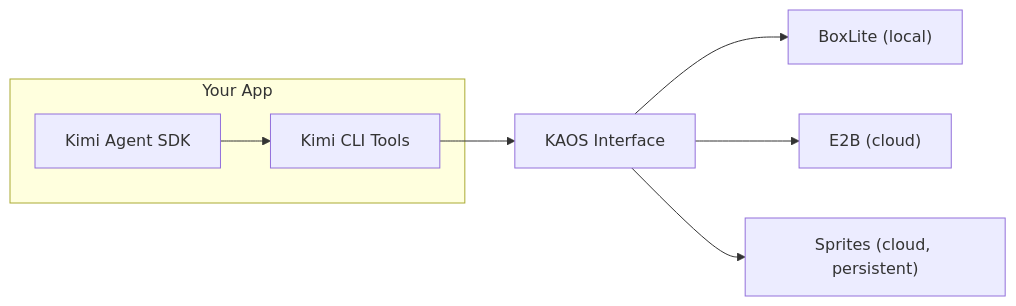
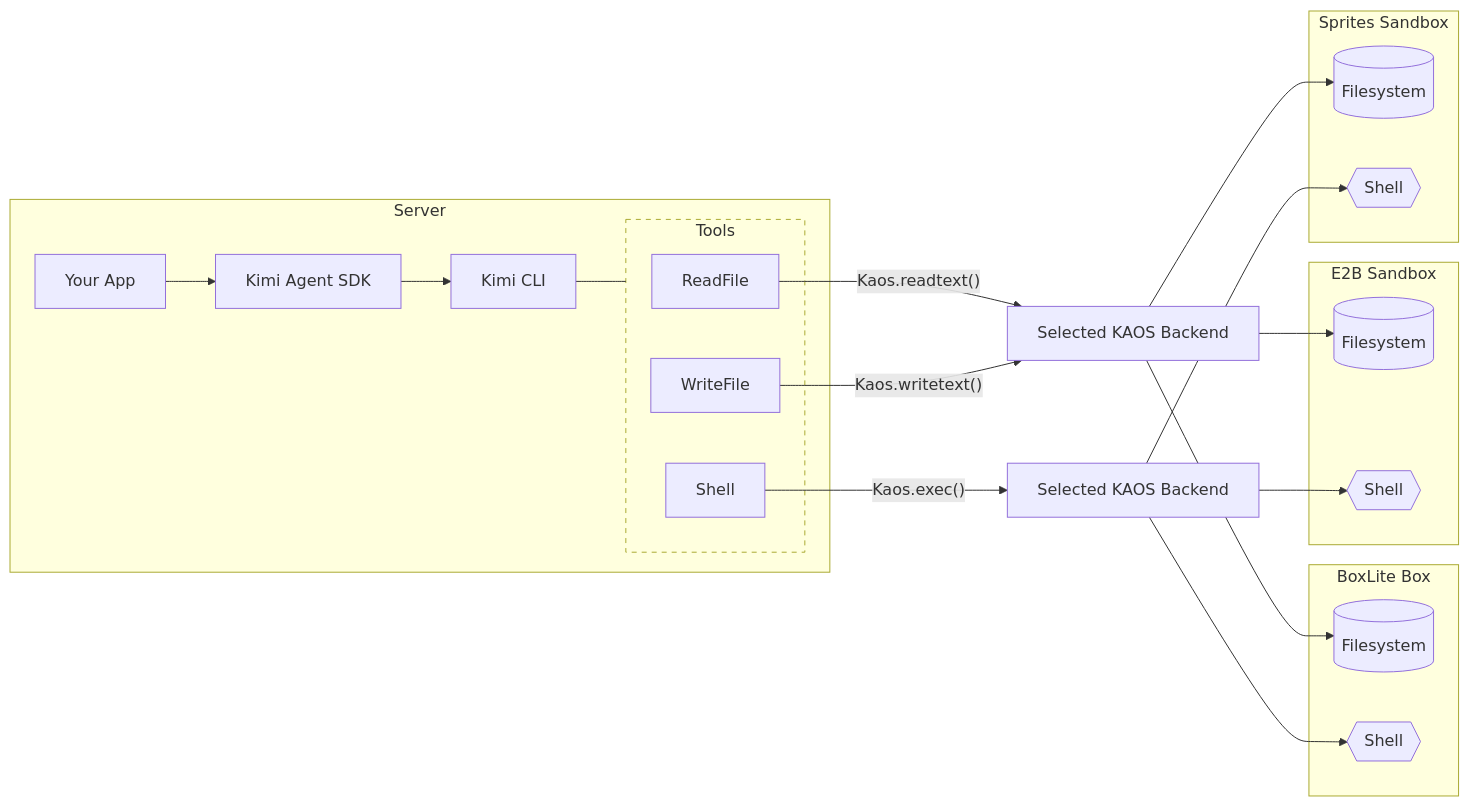
One commit to MoonshotAI/kimi-agent-sdk changed the diagram in examples/python/kaos/README.md. Above: the diagram before and after it, drawn with Mermaid. The commit also changed other lines of this file and 3 other files, not shown here.

Commit message:
docs(kaos): restore original-style architecture diagram and trim root setup details

````diff
--- a/examples/python/kaos/README.md
+++ b/examples/python/kaos/README.md
@@ -16,11 +16,40 @@
 ```mermaid
 flowchart LR
-    subgraph App["Your App"]
-        SDK["Kimi Agent SDK"] --> CLI["Kimi CLI Tools"]
+    subgraph Server
+        App["Your App"] --> SDK["Kimi Agent SDK"] --> CLI["Kimi CLI"]
+        subgraph Tools["Tools"]
+            ReadFile["ReadFile"]
+            WriteFile["WriteFile"]
+            Shell["Shell"]
+        end
+        CLI --- Tools
     end
 
-    CLI --> KAOS["KAOS Interface"]
-    KAOS --> B["BoxLite (local)"]
-    KAOS --> E["E2B (cloud)"]
-    KAOS --> S["Sprites (cloud, persistent)"]
+    subgraph BoxLite["BoxLite Box"]
+        BFS[("Filesystem")]
+        BSH{{"Shell"}}
+    end
+
+    subgraph E2B["E2B Sandbox"]
+        EFS[("Filesystem")]
+        ESH{{"Shell"}}
+    end
+
+    subgraph Sprites["Sprites Sandbox"]
+        SFS[("Filesystem")]
+        SSH{{"Shell"}}
+    end
+
+    ReadFile -->|"Kaos.readtext()"| FSRouter["Selected KAOS Backend"]
+    WriteFile -->|"Kaos.writetext()"| FSRouter
+    Shell -->|"Kaos.exec()"| SHRouter["Selected KAOS Backend"]
+
+    FSRouter --> BFS
+    FSRouter --> EFS
+    FSRouter --> SFS
+    SHRouter --> BSH
+    SHRouter --> ESH
+    SHRouter --> SSH
+
+    style Tools stroke-dasharray: 5 5
 ```
````
